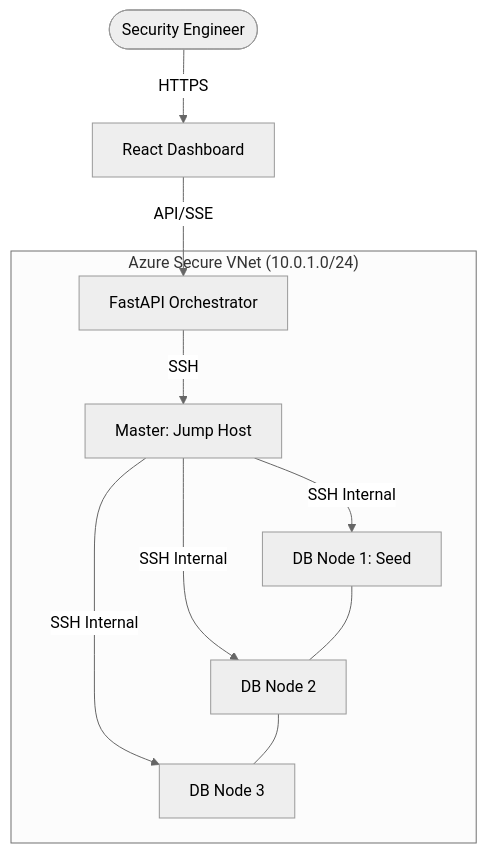
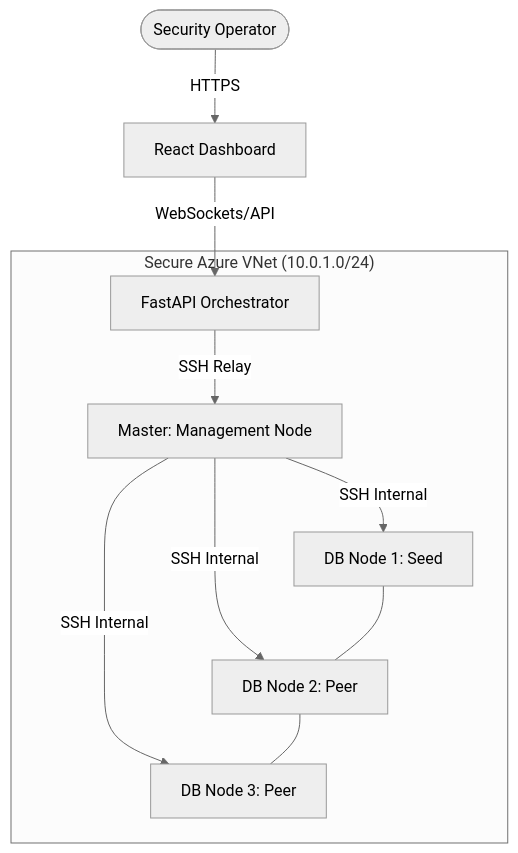
One commit to mquangpham575/cis-cassandra changed the diagram in README.md. Above: the diagram before and after it, drawn with Mermaid (neutral theme). The commit also changed other lines of this file, not shown here.

````diff
--- a/README.md
+++ b/README.md
@@ -29,15 +28,15 @@
 ```mermaid
 graph TD
-    User([Security Engineer]) -->|HTTPS| Frontend[React Dashboard]
-    Frontend -->|API/SSE| Backend[FastAPI Orchestrator]
+    User([Security Operator]) -->|HTTPS| Frontend[React Dashboard]
+    Frontend -->|WebSockets/API| Backend[FastAPI Orchestrator]
     
-    subgraph "Azure Secure VNet (10.0.1.0/24)"
-        Backend -->|SSH| Master[Master: Jump Host]
+    subgraph "Secure Azure VNet (10.0.1.0/24)"
+        Backend -->|SSH Relay| Master[Master: Management Node]
         Master -->|SSH Internal| DB1[DB Node 1: Seed]
-        Master -->|SSH Internal| DB2[DB Node 2]
-        Master -->|SSH Internal| DB3[DB Node 3]
+        Master -->|SSH Internal| DB2[DB Node 2: Peer]
+        Master -->|SSH Internal| DB3[DB Node 3: Peer]
         
         DB1 --- DB2
         DB2 --- DB3
     end
 ```
````
